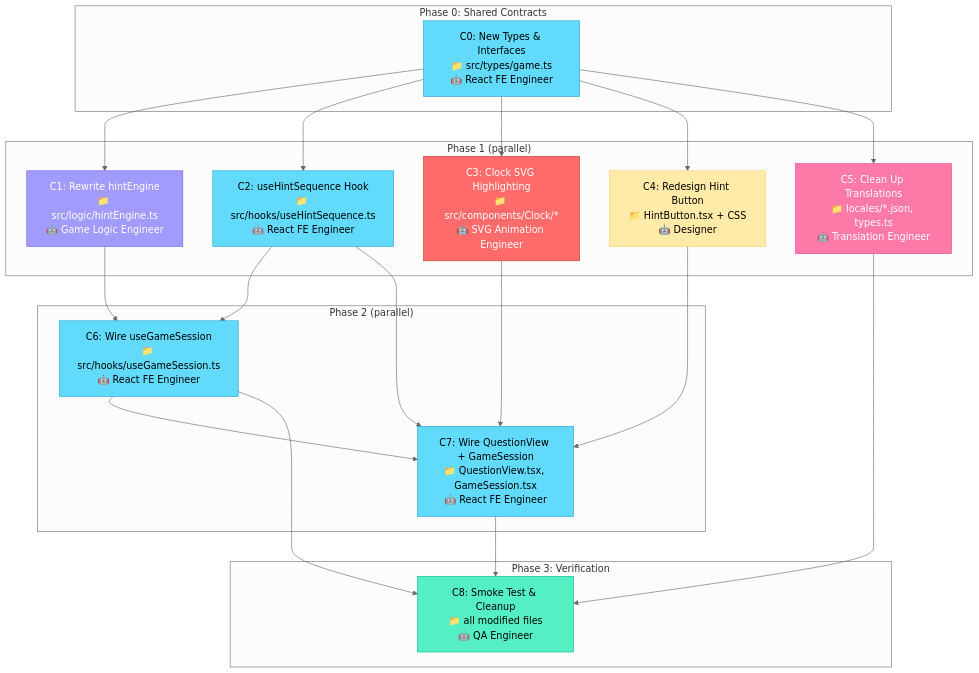
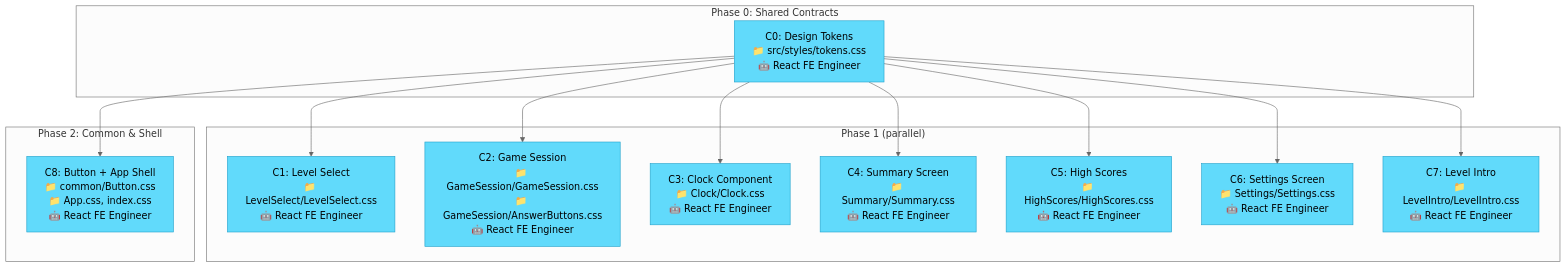
Before and after one commit to mpmisha/TeachWatch: the diagram in .tasks/PLAN_GRAPH.md, drawn with Mermaid (neutral theme). The commit also changed other lines of this file and 22 other files, not shown here.

First line of the commit message:
redesign: refresh visual theme and fix game session layout

````diff
--- a/.tasks/PLAN_GRAPH.md
+++ b/.tasks/PLAN_GRAPH.md
@@ -3,52 +3,33 @@
 ```mermaid
 flowchart TD
     subgraph "Phase 0: Shared Contracts"
-        C0["C0: New Types & Interfaces\n📁 src/types/game.ts\n🤖 React FE Engineer"]
+        C0["C0: Design Tokens\n📁 src/styles/tokens.css\n🤖 React FE Engineer"]
     end
 
     subgraph "Phase 1 (parallel)"
-        C1["C1: Rewrite hintEngine\n📁 src/logic/hintEngine.ts\n🤖 Game Logic Engineer"]
-        C2["C2: useHintSequence Hook\n📁 src/hooks/useHintSequence.ts\n🤖 React FE Engineer"]
-        C3["C3: Clock SVG Highlighting\n📁 src/components/Clock/*\n🤖 SVG Animation Engineer"]
-        C4["C4: Redesign Hint Button\n📁 HintButton.tsx + CSS\n🤖 Designer"]
-        C5["C5: Clean Up Translations\n📁 locales/*.json, types.ts\n🤖 Translation Engineer"]
+        C1["C1: Level Select\n📁 LevelSelect/LevelSelect.css\n🤖 React FE Engineer"]
+        C2["C2: Game Session\n📁 GameSession/GameSession.css\n📁 GameSession/AnswerButtons.css\n🤖 React FE Engineer"]
+        C3["C3: Clock Component\n📁 Clock/Clock.css\n🤖 React FE Engineer"]
+        C4["C4: Summary Screen\n📁 Summary/Summary.css\n🤖 React FE Engineer"]
+        C5["C5: High Scores\n📁 HighScores/HighScores.css\n🤖 React FE Engineer"]
+        C6["C6: Settings Screen\n📁 Settings/Settings.css\n🤖 React FE Engineer"]
+        C7["C7: Level Intro\n📁 LevelIntro/LevelIntro.css\n🤖 React FE Engineer"]
     end
 
-    subgraph "Phase 2 (parallel)"
-        C6["C6: Wire useGameSession\n📁 src/hooks/useGameSession.ts\n🤖 React FE Engineer"]
-        C7["C7: Wire QuestionView + GameSession\n📁 QuestionView.tsx, GameSession.tsx\n🤖 React FE Engineer"]
-    end
-
-    subgraph "Phase 3: Verification"
-        C8["C8: Smoke Test & Cleanup\n📁 all modified files\n🤖 QA Engineer"]
+    subgraph "Phase 2: Common & Shell"
+        C8["C8: Button + App Shell\n📁 common/Button.css\n📁 App.css, index.css\n🤖 React FE Engineer"]
     end
 
     C0 --> C1
     C0 --> C2
     C0 --> C3
     C0 --> C4
     C0 --> C5
-    C1 --> C6
-    C2 --> C6
-    C2 --> C7
-    C3 --> C7
-    C4 --> C7
-    C6 --> C7
-    C5 --> C8
-    C6 --> C8
-    C7 --> C8
+    C0 --> C6
+    C0 --> C7
+    C0 --> C8
 
     classDef reactfe fill:#61dafb,color:#000,stroke:#21a1cb
-    classDef svgeng fill:#ff6b6b,color:#fff,stroke:#c0392b
-    classDef gamelogic fill:#a29bfe,color:#fff,stroke:#6c5ce7
-    classDef designer fill:#ffeaa7,color:#000,stroke:#fdcb6e
-    classDef translation fill:#fd79a8,color:#fff,stroke:#e84393
-    classDef qa fill:#55efc4,color:#000,stroke:#00b894
 
-    class C0,C2,C6,C7 reactfe
-    class C3 svgeng
-    class C1 gamelogic
-    class C4 designer
-    class C5 translation
-    class C8 qa
+    class C0,C1,C2,C3,C4,C5,C6,C7,C8 reactfe
 ```
````
